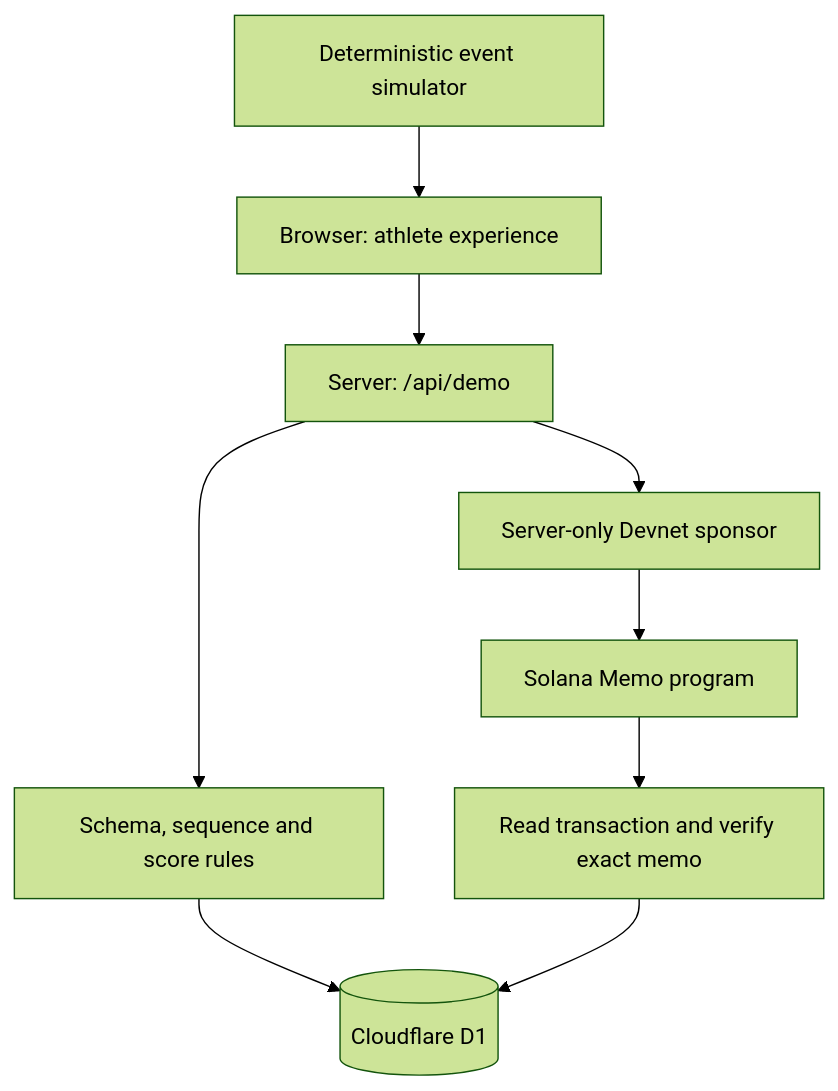
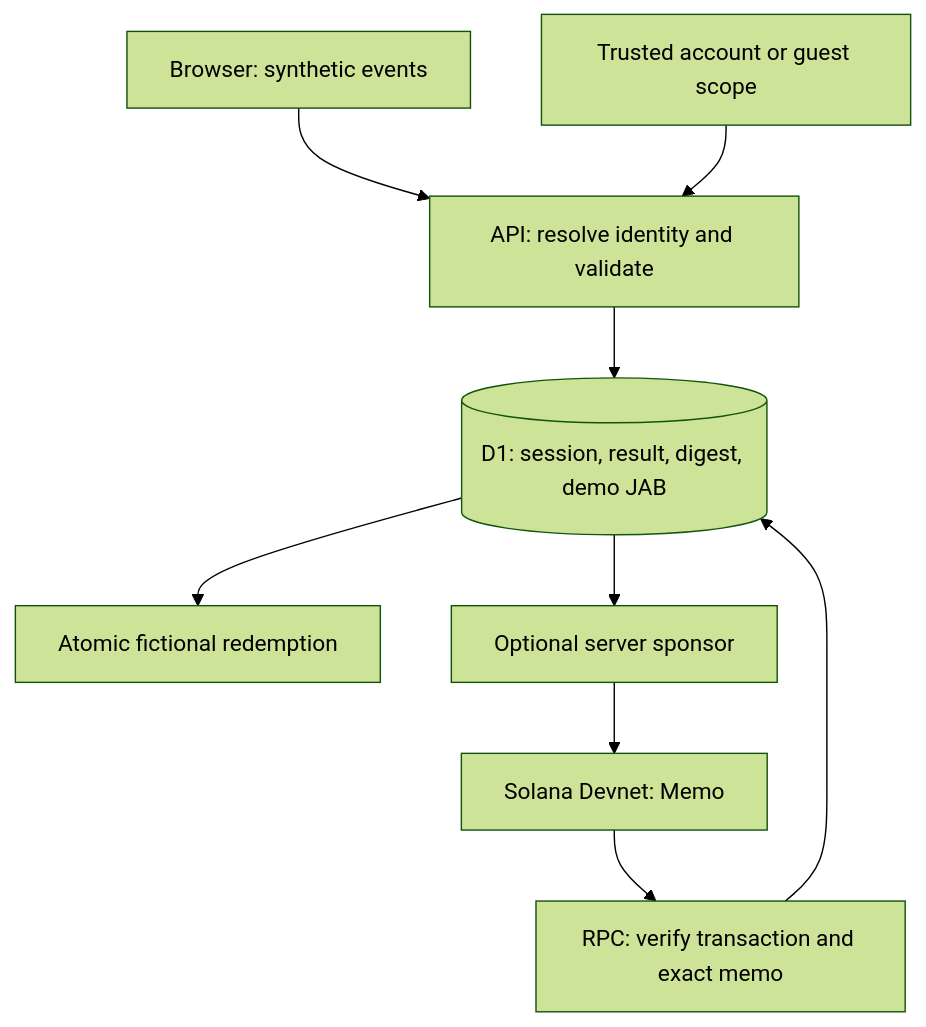
Before and after one commit to hlemos1/jab: the first of 3 diagrams in demo/docs/ARCHITECTURE.md, drawn with Mermaid (forest theme). The commit also changed other lines of this file and 24 other files, not shown here.

First line of the commit message:
Refine public pitch, architecture and receipt inspection

````diff
--- a/demo/docs/ARCHITECTURE.md
+++ b/demo/docs/ARCHITECTURE.md
@@ -7,11 +7,11 @@
 ```mermaid
 flowchart TD
-  UI["Browser: athlete experience"] --> API["Server: /api/demo"]
-  SIM["Deterministic event simulator"] --> UI
-  API --> ENGINE["Schema, sequence and score rules"]
-  ENGINE --> DB[("Cloudflare D1")]
-  API --> SOL["Server-only Devnet sponsor"]
-  SOL --> MEMO["Solana Memo program"]
-  MEMO --> VERIFY["Read transaction and verify exact memo"]
-  VERIFY --> DB
+  B["Browser: synthetic events"] --> A["API: resolve identity and validate"]
+  I["Trusted account or guest scope"] --> A
+  A --> D[("D1: session, result, digest, demo JAB")]
+  D --> R["Atomic fictional redemption"]
+  D --> S["Optional server sponsor"]
+  S --> M["Solana Devnet: Memo"]
+  M --> V["RPC: verify transaction and exact memo"]
+  V --> D
 ```
````
